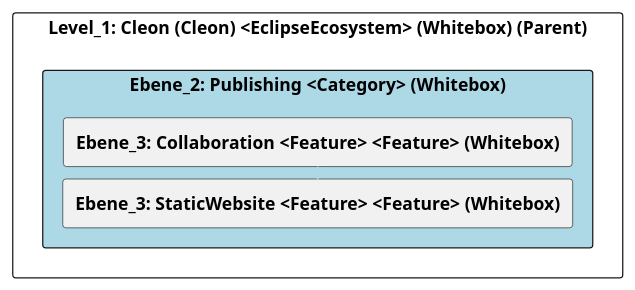
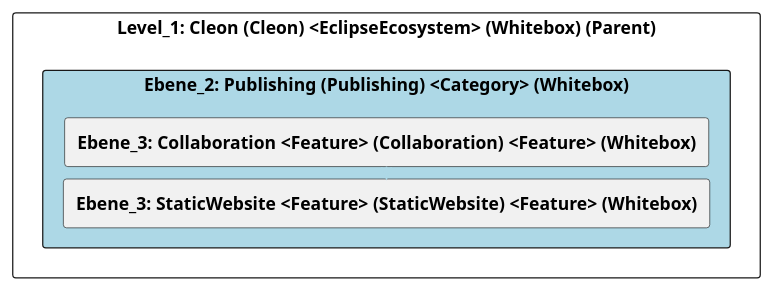
Before and after one commit to marcozwyssig/cleon: the diagram in doc/cleonproject_deliverables_architecture_model_architecture/adoc/de/05_bausteinsicht/cleon/publishing/ebene_2_publishing.adoc, drawn with PlantUML. The commit also changed other lines of this file and 166 other files, not shown here.

```diff
--- a/doc/cleonproject_deliverables_architecture_model_architecture/adoc/de/05_bausteinsicht/cleon/publishing/ebene_2_publishing.adoc
+++ b/doc/cleonproject_deliverables_architecture_model_architecture/adoc/de/05_bausteinsicht/cleon/publishing/ebene_2_publishing.adoc
@@ -21,28 +21,28 @@
-[plantuml, Ebene_2: Publishing <Category> (Whitebox)BlockOverview, format="svg"]
+[plantuml, Ebene_2: Publishing (Publishing) <Category> (Whitebox)BlockOverview, format="svg"]
 ----
-@startuml Ebene_2: Publishing <Category> (Whitebox)BuildingBlockOverview
+@startuml Ebene_2: Publishing (Publishing) <Category> (Whitebox)BuildingBlockOverview
 
 skinparam ranksep 10
 skinparam componentStyle rectangle
 skinparam shadowing false
 skinparam arrowColor lightblue
 skinparam arrowThickness 1.2
 skinparam rectangle {
   BackgroundColor White
   BorderColor #333
   RoundCorner 10
 }
 top to bottom direction
 
 component "Level_1: Cleon (Cleon) <EclipseEcosystem> (Whitebox) (Parent)" {
-    component "Ebene_2: Publishing <Category> (Whitebox)" #lightblue {
-        [**Ebene_3: Collaboration <Feature> <Feature> (Whitebox)**] as 4905581B_D579_11EE_903E_9F564E4DE07E
-        [**Ebene_3: StaticWebsite <Feature> <Feature> (Whitebox)**] as 49057F34_D579_11EE_903E_9F564E4DE07E
+    component "Ebene_2: Publishing (Publishing) <Category> (Whitebox)" #lightblue {
+        [**Ebene_3: Collaboration <Feature> (Collaboration) <Feature> (Whitebox)**] as 4905581B_D579_11EE_903E_9F564E4DE07E
+        [**Ebene_3: StaticWebsite <Feature> (StaticWebsite) <Feature> (Whitebox)**] as 49057F34_D579_11EE_903E_9F564E4DE07E
     }
 
     4905581B_D579_11EE_903E_9F564E4DE07E -down-> 49057F34_D579_11EE_903E_9F564E4DE07E
     
 }
 
 @enduml
 ----
```
